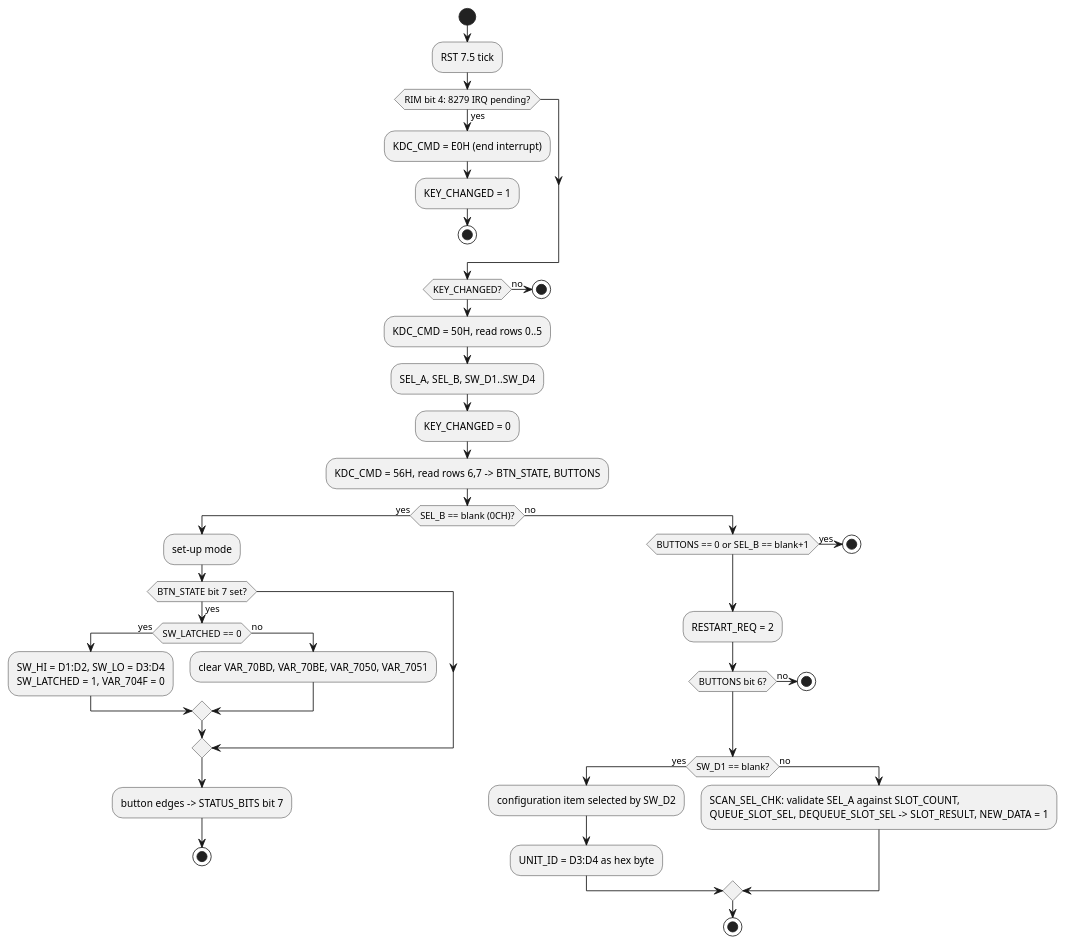
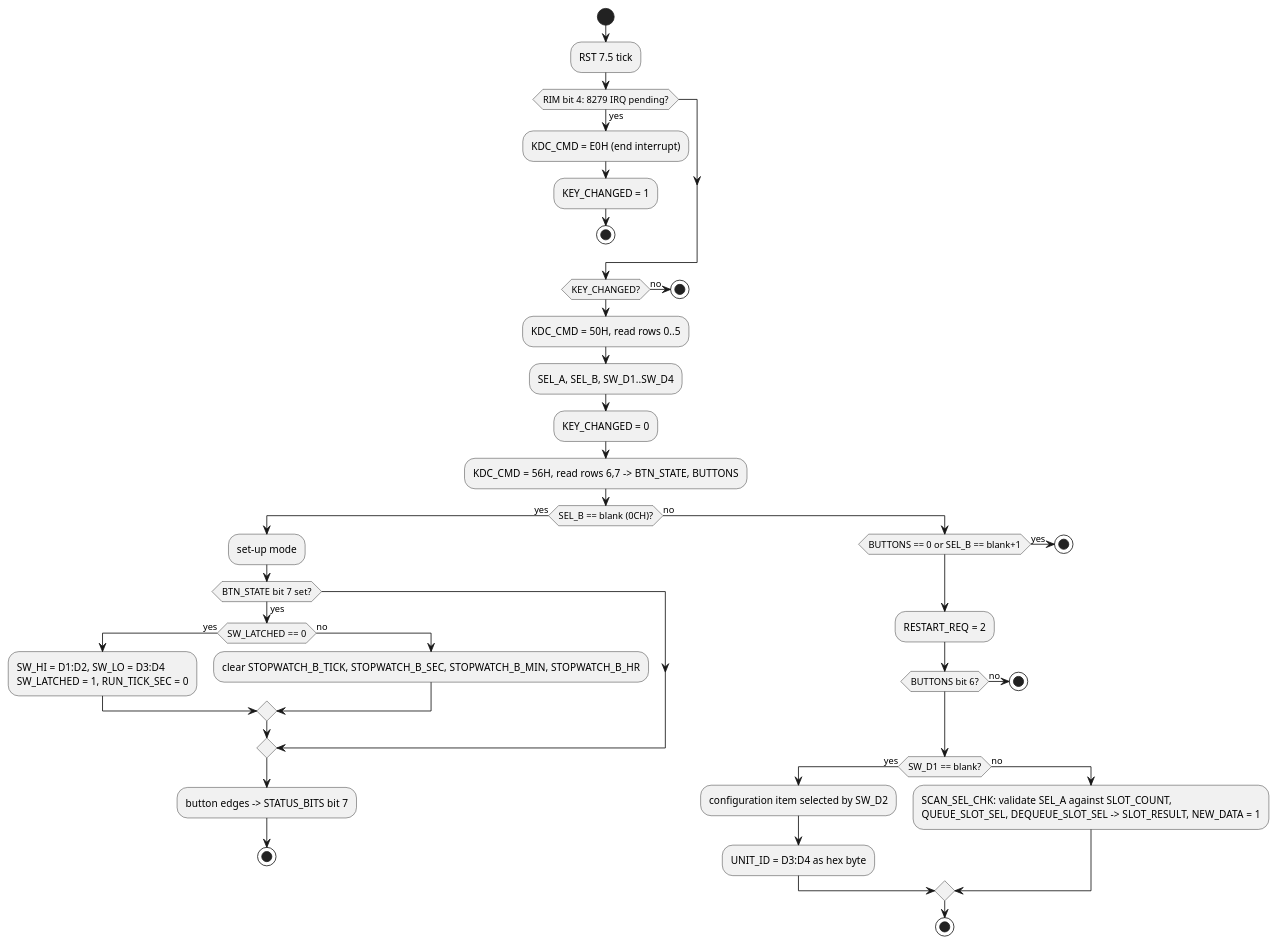
The diagram in docs/front-panel.md (Mwwhited-BookLearning/navtec-roms), drawn with PlantUML before and after one commit. The commit also changed other lines of this file and 11 other files, not shown here.

````diff
--- a/docs/front-panel.md
+++ b/docs/front-panel.md
@@ -51,47 +51,47 @@
 ```plantuml
 @startuml
 start
 :RST 7.5 tick;
 if (RIM bit 4: 8279 IRQ pending?) then (yes)
   :KDC_CMD = E0H (end interrupt);
   :KEY_CHANGED = 1;
   stop
 endif
 if (KEY_CHANGED?) then (no)
   stop
 endif
 :KDC_CMD = 50H, read rows 0..5;
 :SEL_A, SEL_B, SW_D1..SW_D4;
 :KEY_CHANGED = 0;
 :KDC_CMD = 56H, read rows 6,7 -> BTN_STATE, BUTTONS;
 if (SEL_B == blank (0CH)?) then (yes)
   :set-up mode;
   if (BTN_STATE bit 7 set?) then (yes)
     if (SW_LATCHED == 0) then (yes)
       :SW_HI = D1:D2, SW_LO = D3:D4
-      SW_LATCHED = 1, VAR_704F = 0;
+      SW_LATCHED = 1, RUN_TICK_SEC = 0;
     else (no)
-      :clear VAR_70BD, VAR_70BE, VAR_7050, VAR_7051;
+      :clear STOPWATCH_B_TICK, STOPWATCH_B_SEC, STOPWATCH_B_MIN, STOPWATCH_B_HR;
     endif
   endif
   :button edges -> STATUS_BITS bit 7;
   stop
 else (no)
   if (BUTTONS == 0 or SEL_B == blank+1) then (yes)
     stop
   endif
   :RESTART_REQ = 2;
   if (BUTTONS bit 6?) then (no)
     stop
   endif
   if (SW_D1 == blank?) then (yes)
     :configuration item selected by SW_D2;
     :UNIT_ID = D3:D4 as hex byte;
   else (no)
     :SCAN_SEL_CHK: validate SEL_A against SLOT_COUNT,
     QUEUE_SLOT_SEL, DEQUEUE_SLOT_SEL -> SLOT_RESULT, NEW_DATA = 1;
   endif
   stop
 endif
 @enduml
 ```
````
